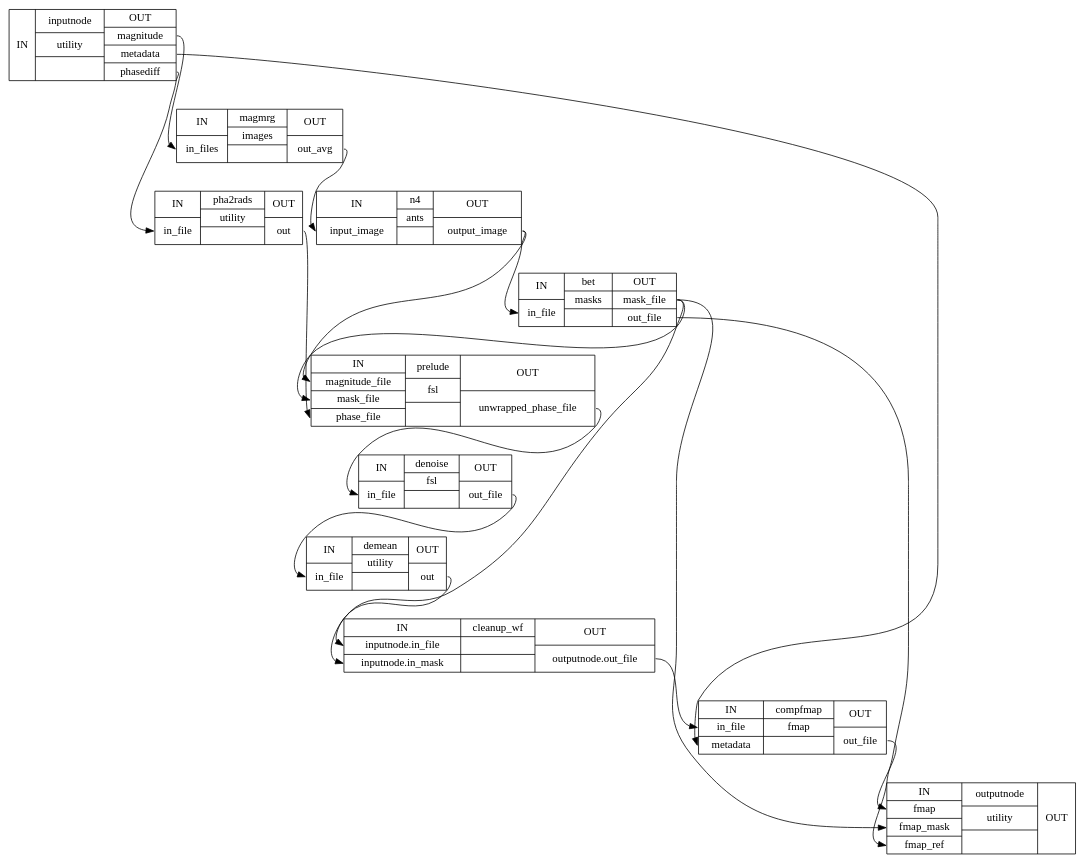
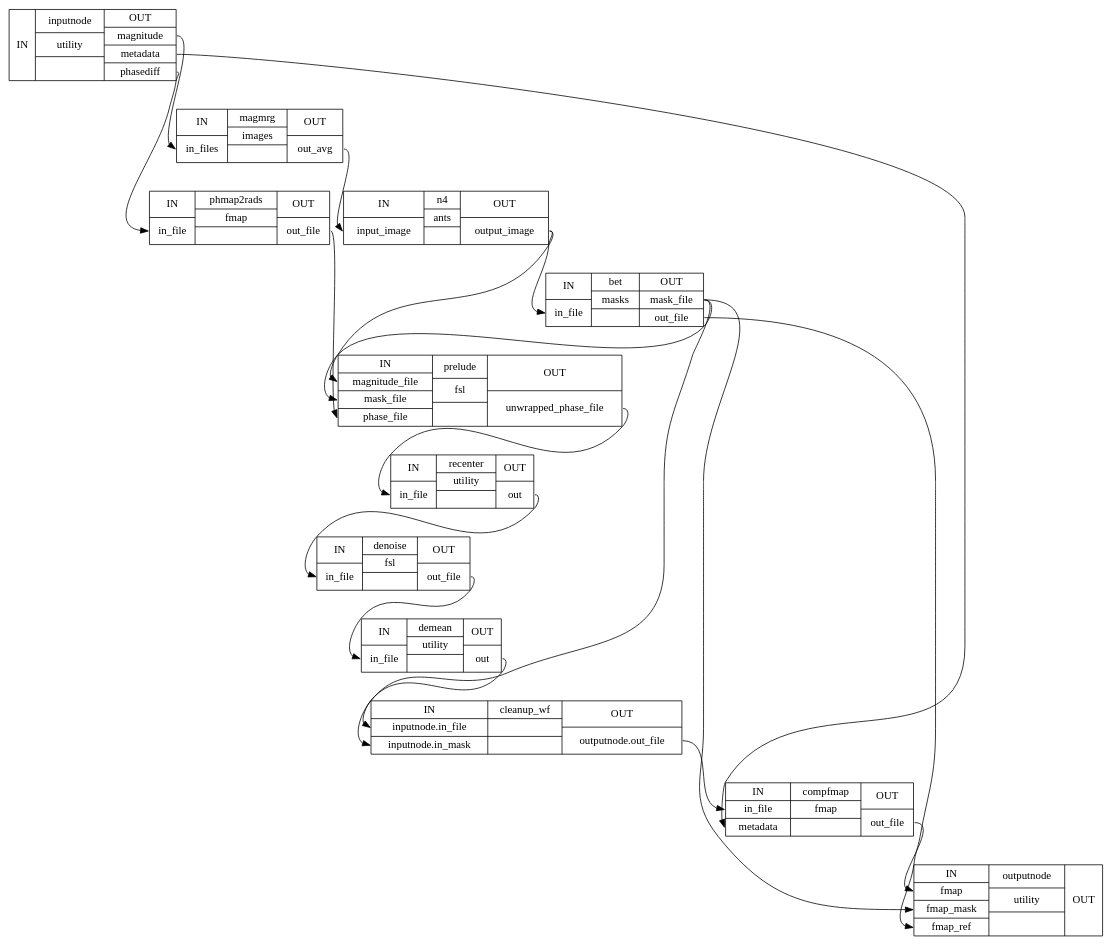
The diagram in master/wf_directive/api/phdiff_wf/sdcflows-workflows-phdiff-1_detailed.dot (wayne009007/sdcflows), drawn with Graphviz before and after one commit. The commit also changed 164 other files, not shown here.

```diff
--- a/master/wf_directive/api/phdiff_wf/sdcflows-workflows-phdiff-1_detailed.dot
+++ b/master/wf_directive/api/phdiff_wf/sdcflows-workflows-phdiff-1_detailed.dot
@@ -1,30 +1,32 @@
 digraph structs {
 node [shape=record];
 phdiff_wfinputnode [label="{IN}|{ inputnode | utility |  }|{OUT|<outmagnitude> magnitude|<outmetadata> metadata|<outphasediff> phasediff}"];
-phdiff_wfpha2rads [label="{IN|<ininfile> in_file}|{ pha2rads | utility |  }|{OUT|<outout> out}"];
+phdiff_wfphmap2rads [label="{IN|<ininfile> in_file}|{ phmap2rads | fmap |  }|{OUT|<outoutfile> out_file}"];
 phdiff_wfmagmrg [label="{IN|<ininfiles> in_files}|{ magmrg | images |  }|{OUT|<outoutavg> out_avg}"];
 phdiff_wfn4 [label="{IN|<ininputimage> input_image}|{ n4 | ants |  }|{OUT|<outoutputimage> output_image}"];
 phdiff_wfbet [label="{IN|<ininfile> in_file}|{ bet | masks |  }|{OUT|<outmaskfile> mask_file|<outoutfile> out_file}"];
 phdiff_wfprelude [label="{IN|<inmagnitudefile> magnitude_file|<inmaskfile> mask_file|<inphasefile> phase_file}|{ prelude | fsl |  }|{OUT|<outunwrappedphasefile> unwrapped_phase_file}"];
+phdiff_wfrecenter [label="{IN|<ininfile> in_file}|{ recenter | utility |  }|{OUT|<outout> out}"];
 phdiff_wfdenoise [label="{IN|<ininfile> in_file}|{ denoise | fsl |  }|{OUT|<outoutfile> out_file}"];
 phdiff_wfdemean [label="{IN|<ininfile> in_file}|{ demean | utility |  }|{OUT|<outout> out}"];
 phdiff_wfcleanup_wf [label="{IN|<ininputnodeinfile> inputnode.in_file|<ininputnodeinmask> inputnode.in_mask}|{ cleanup_wf |  |  }|{OUT|<outoutputnodeoutfile> outputnode.out_file}"];
 phdiff_wfcompfmap [label="{IN|<ininfile> in_file|<inmetadata> metadata}|{ compfmap | fmap |  }|{OUT|<outoutfile> out_file}"];
 phdiff_wfoutputnode [label="{IN|<infmap> fmap|<infmapmask> fmap_mask|<infmapref> fmap_ref}|{ outputnode | utility |  }|{OUT}"];
 phdiff_wfbet:outmaskfile:e -> phdiff_wfcleanup_wf:ininputnodeinmask:w;
 phdiff_wfbet:outmaskfile:e -> phdiff_wfoutputnode:infmapmask:w;
 phdiff_wfbet:outmaskfile:e -> phdiff_wfprelude:inmaskfile:w;
 phdiff_wfbet:outoutfile:e -> phdiff_wfoutputnode:infmapref:w;
 phdiff_wfcleanup_wf:outoutputnodeoutfile:e -> phdiff_wfcompfmap:ininfile:w;
 phdiff_wfcompfmap:outoutfile:e -> phdiff_wfoutputnode:infmap:w;
 phdiff_wfdemean:outout:e -> phdiff_wfcleanup_wf:ininputnodeinfile:w;
 phdiff_wfdenoise:outoutfile:e -> phdiff_wfdemean:ininfile:w;
 phdiff_wfinputnode:outmagnitude:e -> phdiff_wfmagmrg:ininfiles:w;
 phdiff_wfinputnode:outmetadata:e -> phdiff_wfcompfmap:inmetadata:w;
-phdiff_wfinputnode:outphasediff:e -> phdiff_wfpha2rads:ininfile:w;
+phdiff_wfinputnode:outphasediff:e -> phdiff_wfphmap2rads:ininfile:w;
 phdiff_wfmagmrg:outoutavg:e -> phdiff_wfn4:ininputimage:w;
 phdiff_wfn4:outoutputimage:e -> phdiff_wfbet:ininfile:w;
 phdiff_wfn4:outoutputimage:e -> phdiff_wfprelude:inmagnitudefile:w;
-phdiff_wfpha2rads:outout:e -> phdiff_wfprelude:inphasefile:w;
-phdiff_wfprelude:outunwrappedphasefile:e -> phdiff_wfdenoise:ininfile:w;
+phdiff_wfphmap2rads:outoutfile:e -> phdiff_wfprelude:inphasefile:w;
+phdiff_wfprelude:outunwrappedphasefile:e -> phdiff_wfrecenter:ininfile:w;
+phdiff_wfrecenter:outout:e -> phdiff_wfdenoise:ininfile:w;
 }
```
